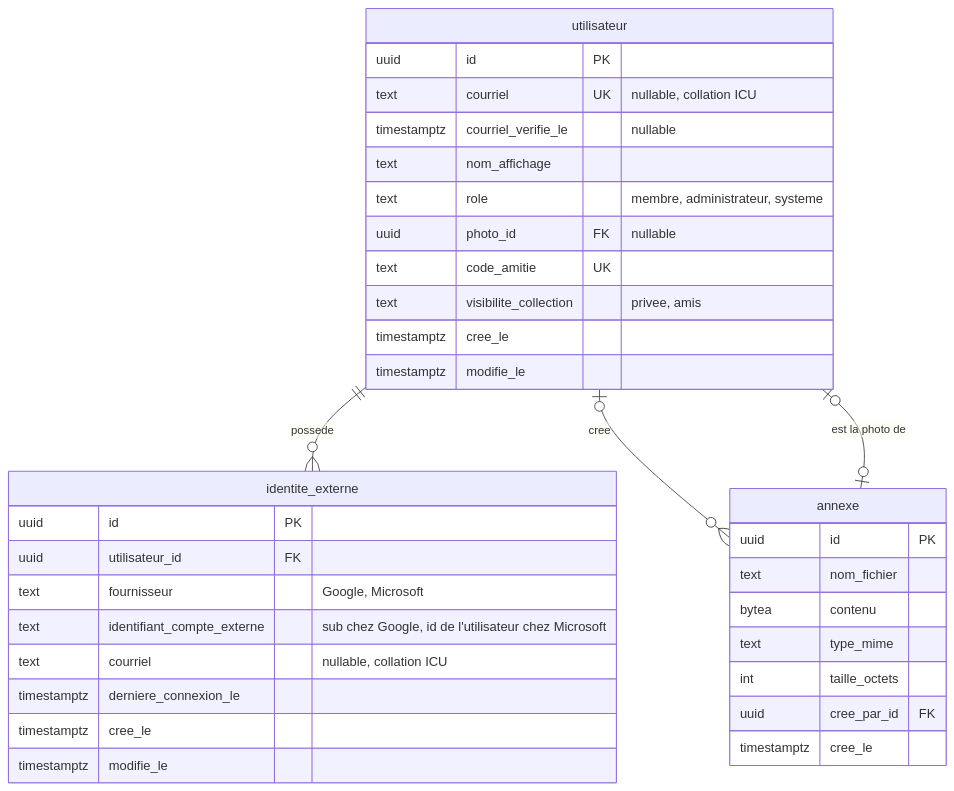
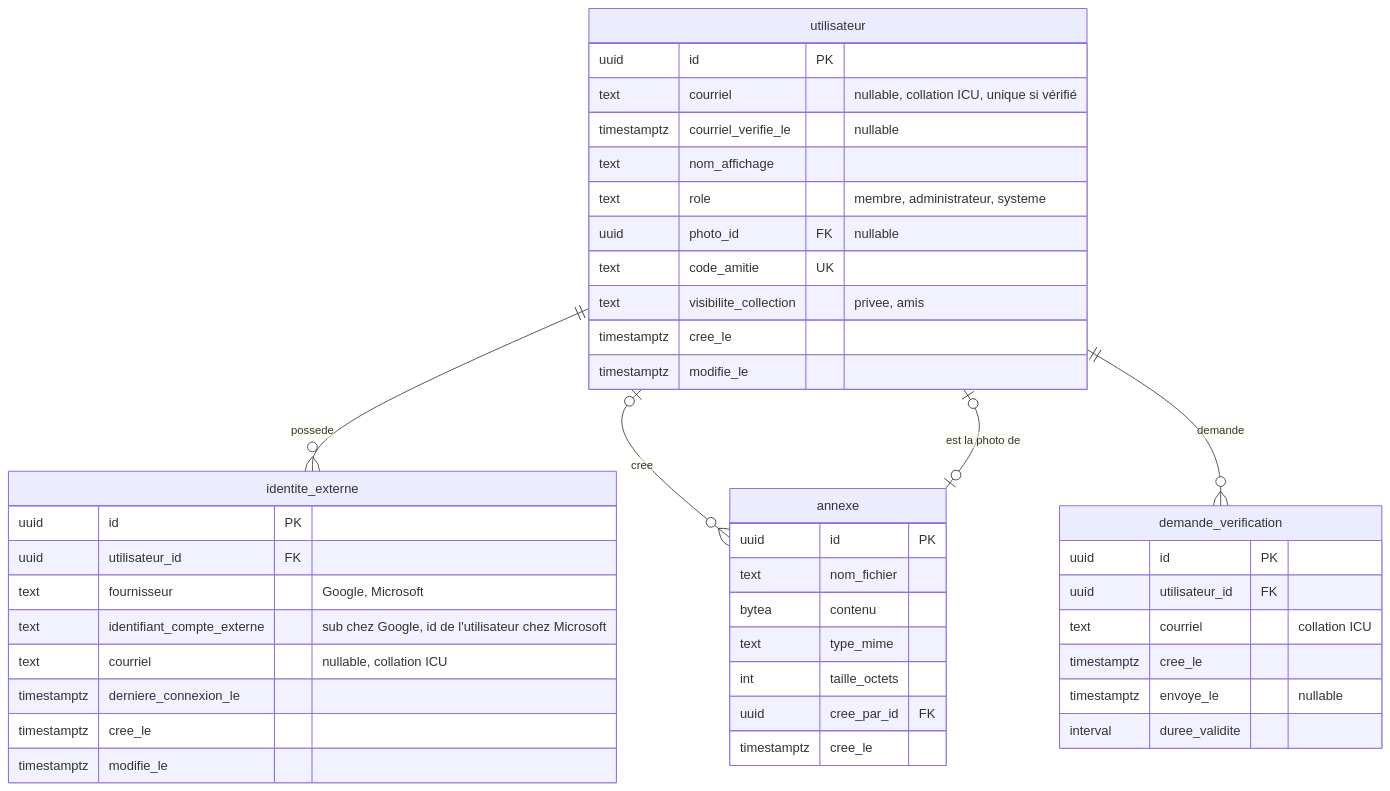
One commit to jeison-souza/MeepleZone changed the second of 5 diagrams in docs/schema/schema-donnees.md. Above: the diagram before and after it, drawn with Mermaid. The commit also changed other lines of this file and 4 other files, not shown here.

````diff
--- a/docs/schema/schema-donnees.md
+++ b/docs/schema/schema-donnees.md
@@ -78,40 +79,50 @@
 ```mermaid
 erDiagram
     utilisateur ||--o{ identite_externe : "possede"
     annexe |o--o| utilisateur : "est la photo de"
     utilisateur |o--o{ annexe : "cree"
+    utilisateur ||--o{ demande_verification : "demande"
 
     utilisateur {
         uuid id PK
-        text courriel UK "nullable, collation ICU"
+        text courriel "nullable, collation ICU, unique si vérifié"
         timestamptz courriel_verifie_le "nullable"
         text nom_affichage
         text role "membre, administrateur, systeme"
         uuid photo_id FK "nullable"
         text code_amitie UK
         text visibilite_collection "privee, amis"
         timestamptz cree_le
         timestamptz modifie_le
     }
 
     identite_externe {
         uuid id PK
         uuid utilisateur_id FK
         text fournisseur "Google, Microsoft"
         text identifiant_compte_externe "sub chez Google, id de l'utilisateur chez Microsoft"
         text courriel "nullable, collation ICU"
         timestamptz derniere_connexion_le
         timestamptz cree_le
         timestamptz modifie_le
     }
 
     annexe {
         uuid id PK
         text nom_fichier
         bytea contenu
         text type_mime
         int taille_octets
         uuid cree_par_id FK
         timestamptz cree_le
     }
+
+    demande_verification {
+        uuid id PK
+        uuid utilisateur_id FK
+        text courriel "collation ICU"
+        timestamptz cree_le
+        timestamptz envoye_le "nullable"
+        interval duree_validite
+    }
 ```
````
